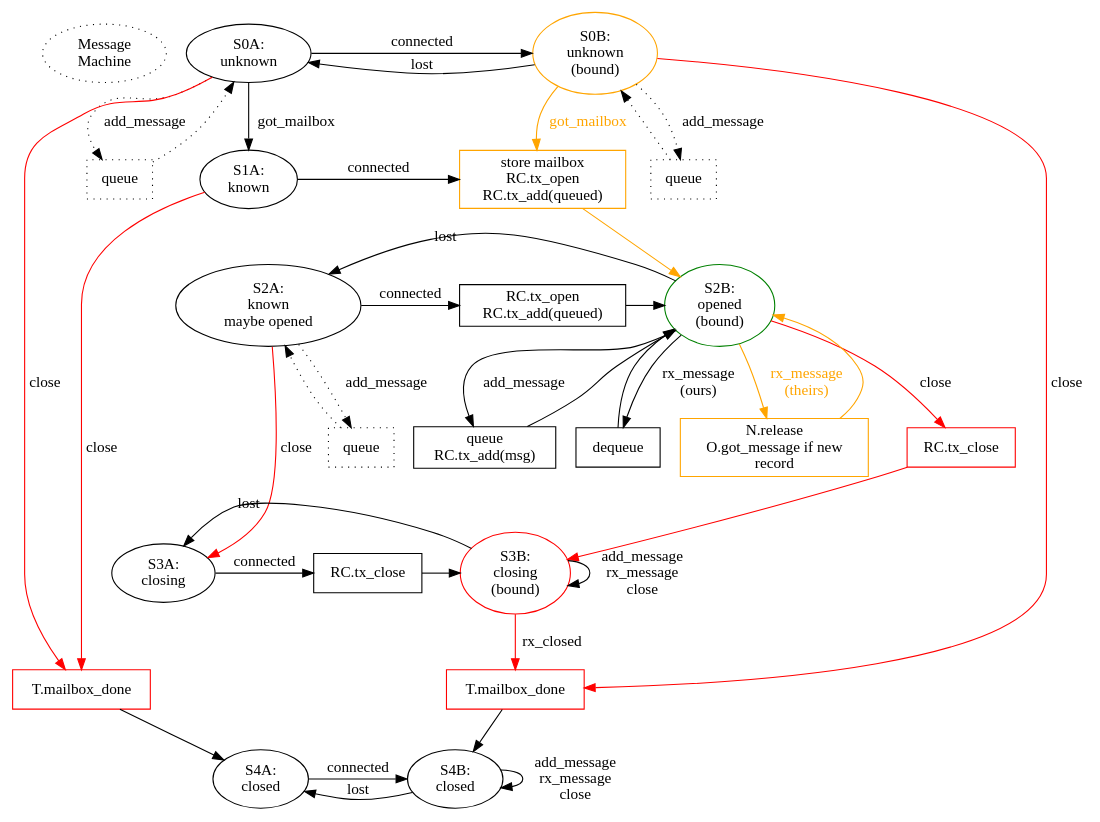
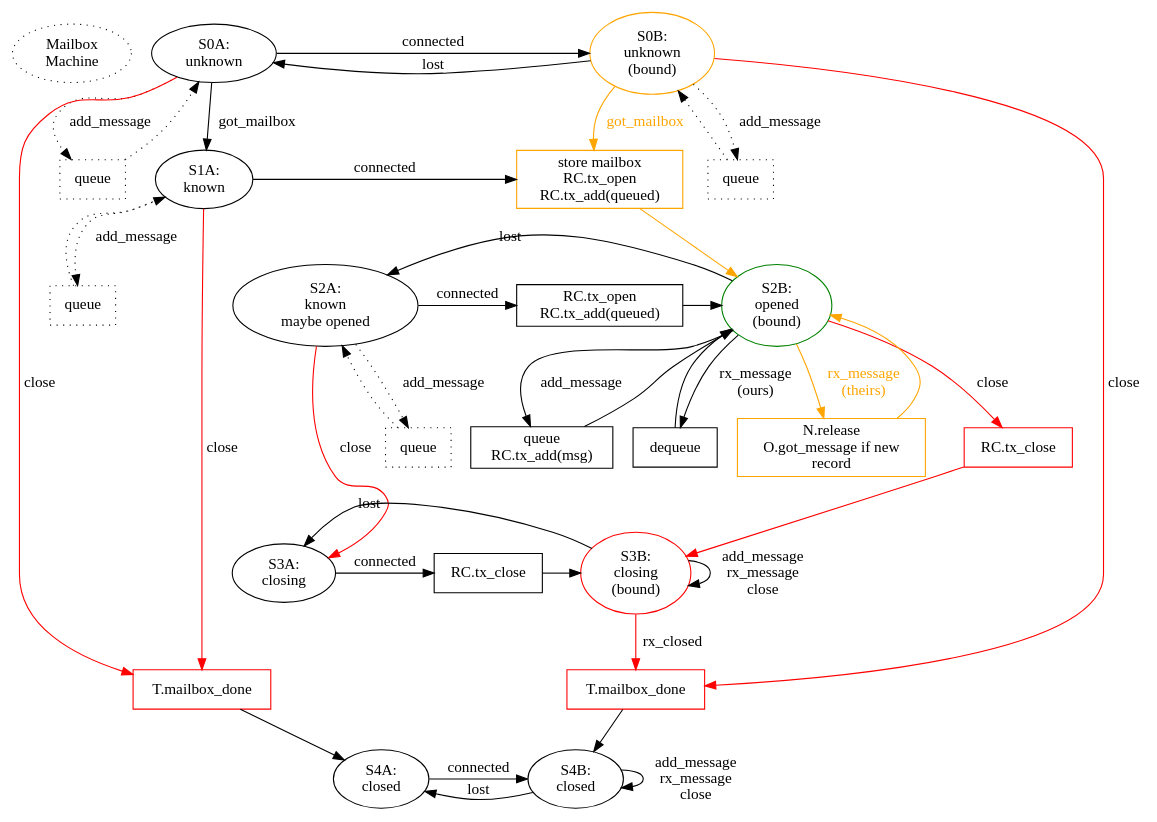
One commit to magic-wormhole/magic-wormhole changed the diagram in docs/state-machines/mailbox.dot. Above: the diagram before and after it, drawn with Graphviz. The commit also changed 2 other files, not shown here.

Commit message:
test Nameplate, Mailbox. refactor a little bit

```diff
--- a/docs/state-machines/mailbox.dot
+++ b/docs/state-machines/mailbox.dot
@@ -1,95 +1,98 @@
 digraph {
         /* new idea */
 
-        title [label="Message\nMachine" style="dotted"]
+        title [label="Mailbox\nMachine" style="dotted"]
 
         {rank=same; S0A S0B}
         S0A [label="S0A:\nunknown"]
         S0A -> S0B [label="connected"]
         S0B [label="S0B:\nunknown\n(bound)" color="orange"]
 
         S0B -> S0A [label="lost"]
 
         S0A -> P0A_queue [label="add_message" style="dotted"]
         P0A_queue [shape="box" label="queue" style="dotted"]
         P0A_queue -> S0A [style="dotted"]
         S0B -> P0B_queue [label="add_message" style="dotted"]
         P0B_queue [shape="box" label="queue" style="dotted"]
         P0B_queue -> S0B [style="dotted"]
 
         subgraph {rank=same; S1A P_open}
         S0A -> S1A [label="got_mailbox"]
         S1A [label="S1A:\nknown"]
         S1A -> P_open [label="connected"]
+        S1A -> P1A_queue [label="add_message" style="dotted"]
+        P1A_queue [shape="box" label="queue" style="dotted"]
+        P1A_queue -> S1A [style="dotted"]
         S1A -> S2A [style="invis"]
         P_open -> P2_connected [style="invis"]
 
         S0A -> S2A [style="invis"]
         S0B -> P_open [label="got_mailbox" color="orange" fontcolor="orange"]
         P_open [shape="box"
                 label="store mailbox\nRC.tx_open\nRC.tx_add(queued)" color="orange"]
         P_open -> S2B [color="orange"]
 
         subgraph {rank=same; S2A S2B P2_connected}
         S2A [label="S2A:\nknown\nmaybe opened"]
         S2B [label="S2B:\nopened\n(bound)" color="green"]
         S2A -> P2_connected [label="connected"]
         S2B -> S2A [label="lost"]
 
         P2_connected [shape="box" label="RC.tx_open\nRC.tx_add(queued)"]
         P2_connected -> S2B
 
         S2A -> P2_queue [label="add_message" style="dotted"]
         P2_queue [shape="box" label="queue" style="dotted"]
         P2_queue -> S2A [style="dotted"]
 
         S2B -> P2_send [label="add_message"]
         P2_send [shape="box" label="queue\nRC.tx_add(msg)"]
         P2_send -> S2B
 
         {rank=same; P2_send P2_close P2_process_theirs}
         P2_process_theirs -> P2_close [style="invis"]
         S2B -> P2_process_ours [label="rx_message\n(ours)"]
         P2_process_ours [shape="box" label="dequeue"]
         P2_process_ours -> S2B
         S2B -> P2_process_theirs [label="rx_message\n(theirs)"
                                   color="orange" fontcolor="orange"]
         P2_process_theirs [shape="box" color="orange"
                            label="N.release\nO.got_message if new\nrecord"
                            ]
         P2_process_theirs -> S2B [color="orange"]
 
         S2B -> P2_close [label="close" color="red"]
         P2_close [shape="box" label="RC.tx_close" color="red"]
         P2_close -> S3B [color="red"]
 
         subgraph {rank=same; S3A P3_connected S3B}
         S3A [label="S3A:\nclosing"]
         S3A -> P3_connected [label="connected"]
         P3_connected [shape="box" label="RC.tx_close"]
         P3_connected -> S3B
         #S3A -> S3A [label="add_message"] # implicit
         S3B [label="S3B:\nclosing\n(bound)" color="red"]
         S3B -> S3B [label="add_message\nrx_message\nclose"]
         S3B -> S3A [label="lost"]
 
         subgraph {rank=same; P3A_done P3B_done}
         P3A_done [shape="box" label="T.mailbox_done" color="red"]
         P3A_done -> S4A
         S3B -> P3B_done [label="rx_closed" color="red"]
         P3B_done [shape="box" label="T.mailbox_done" color="red"]
         P3B_done -> S4B
 
         subgraph {rank=same; S4A S4B}
         S4A [label="S4A:\nclosed"]
         S4B [label="S4B:\nclosed"]
         S4A -> S4B [label="connected"]
         S4B -> S4A [label="lost"]
-        S4B -> S4B [label="add_message\nrx_message\nclose"]
+        S4B -> S4B [label="add_message\nrx_message\nclose"] # is "close" needed?
 
         S0A -> P3A_done [label="close" color="red"]
         S0B -> P3B_done [label="close" color="red"]
         S1A -> P3A_done [label="close" color="red"]
         S2A -> S3A [label="close" color="red"]
         
 }
```
